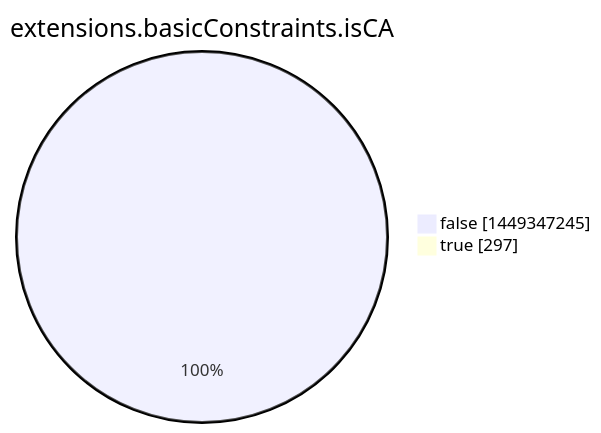
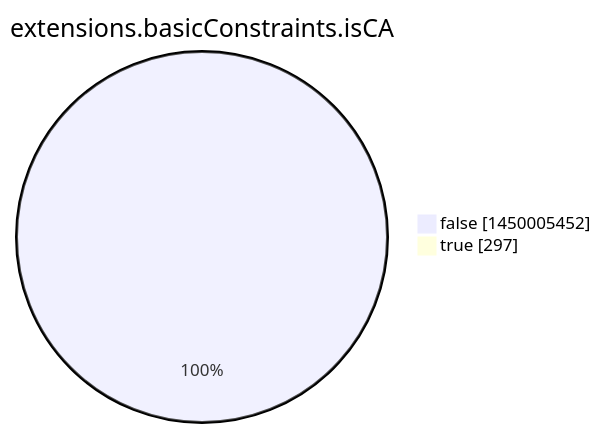
The eighth of 15 diagrams in argon2022/README.md (christiankrug/ctmonitor_visualization), drawn with Mermaid before and after one commit. The commit also changed other lines of this file, not shown here.

````diff
--- a/argon2022/README.md
+++ b/argon2022/README.md
@@ -2760,6 +2760,6 @@
 ```mermaid
 pie showData
 title extensions.basicConstraints.isCA
-"false" :1449347245
+"false" :1450005452
 "true" :297
 ```
````
